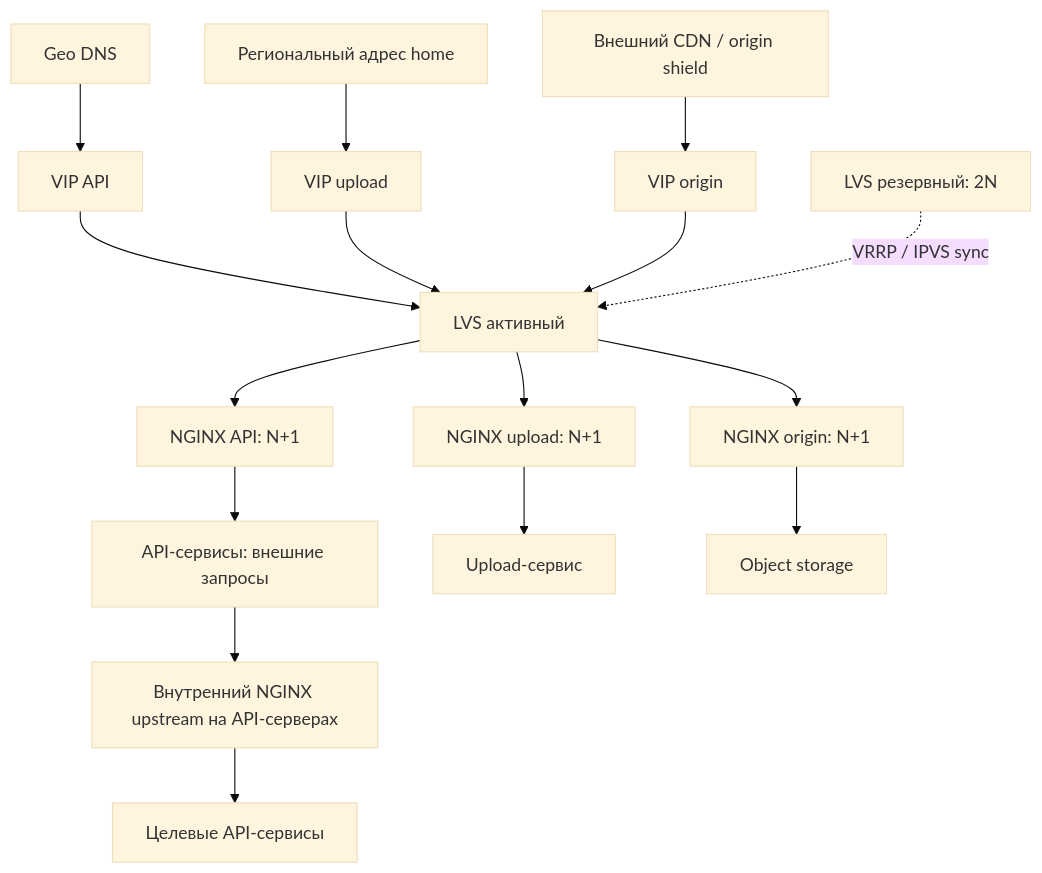
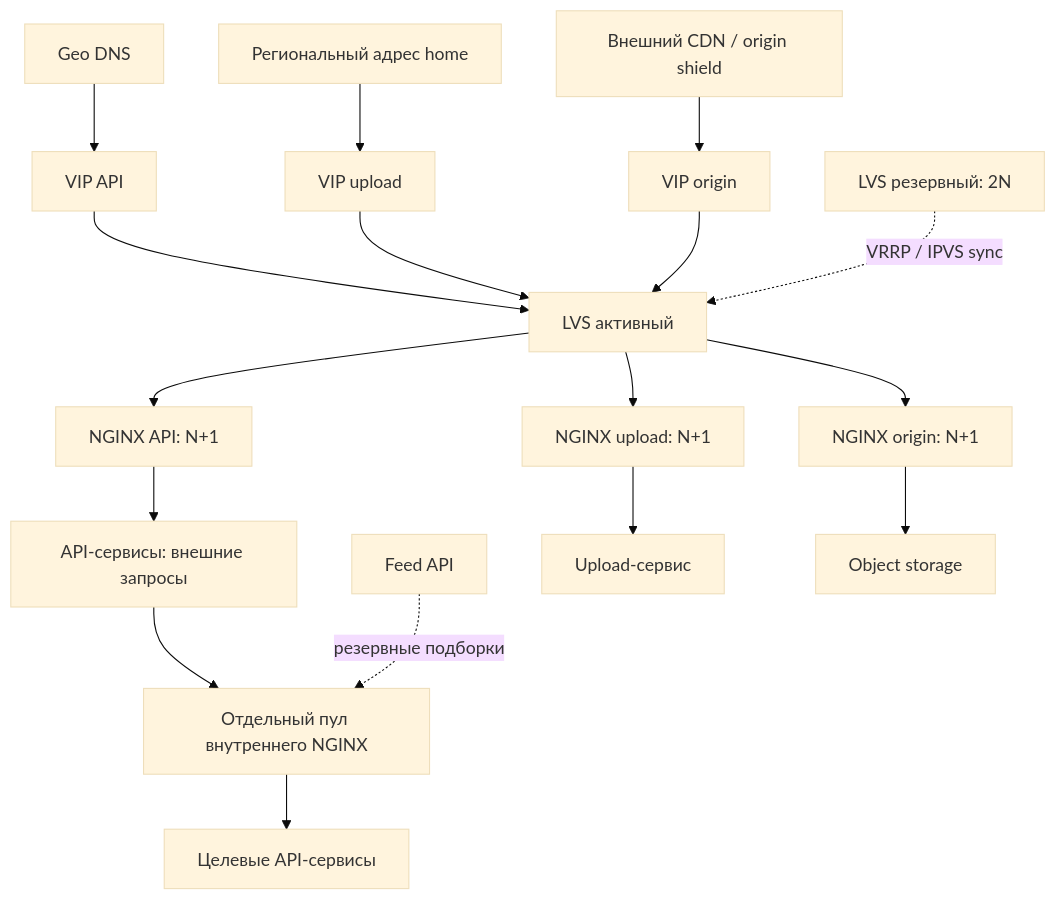
One commit to pavel-ladygin/highload_tp changed the second of 14 diagrams in README.md. Above: the diagram before and after it, drawn with Mermaid (base theme). The commit also changed other lines of this file, not shown here.

````diff
--- a/README.md
+++ b/README.md
@@ -234,18 +234,19 @@
 ```mermaid
 flowchart TB
     G[Geo DNS] --> VA[VIP API]
     H[Региональный адрес home] --> VU[VIP upload]
     C[Внешний CDN / origin shield] --> VO[VIP origin]
     VA --> L1[LVS активный]
     VU --> L1
     VO --> L1
     L2[LVS резервный: 2N] -. VRRP / IPVS sync .-> L1
     L1 --> A[NGINX API: N+1]
     L1 --> U[NGINX upload: N+1]
     L1 --> O[NGINX origin: N+1]
     A --> B[API-сервисы: внешние запросы]
-    B --> I[Внутренний NGINX upstream на API-серверах]
+    B --> I[Отдельный пул внутреннего NGINX]
     I --> B2[Целевые API-сервисы]
+    FEED[Feed API] -. резервные подборки .-> I
     U --> W[Upload-сервис]
     O --> F[Object storage]
 ```
````
